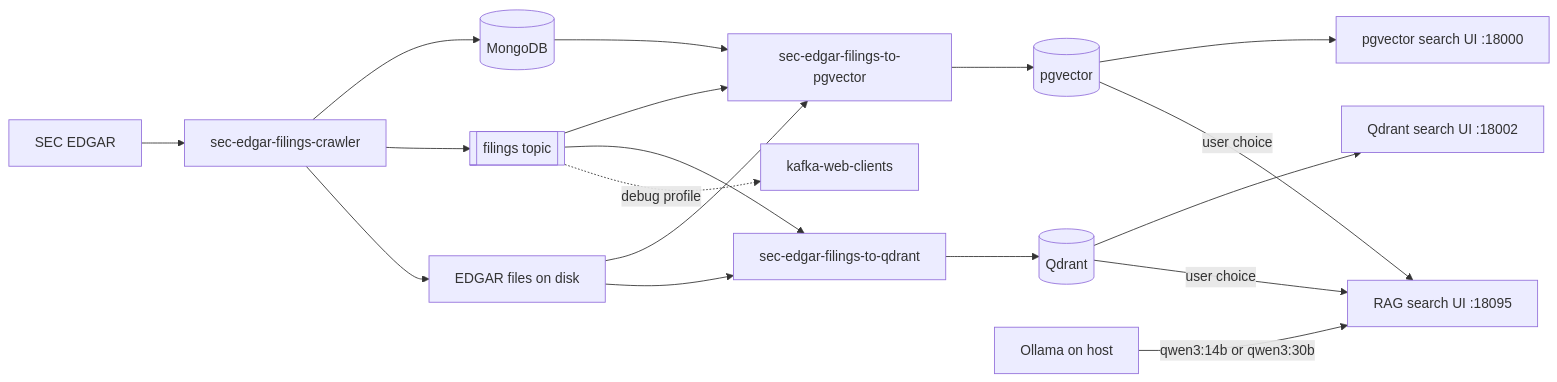
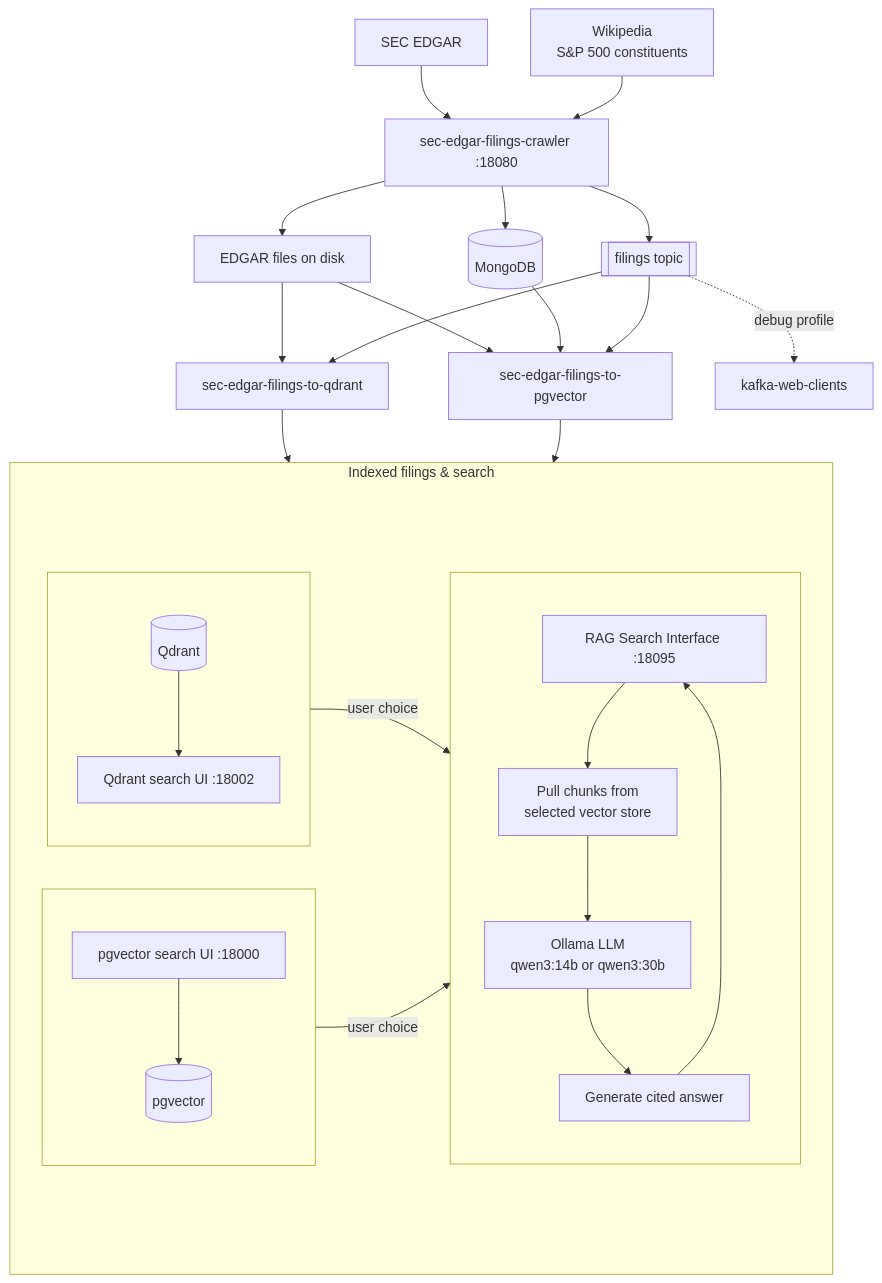
The diagram in README.md (sanjuthomas/sec-edgar-filings-rag-demo), drawn with Mermaid before and after one commit. The commit also changed other lines of this file, not shown here.

Commit message:
Expand architecture diagram for dual vector stores and RAG flow.
Document Wikipedia S&P 500 refresh, RAG Search Interface choices, and cited-answer generation path.

````diff
--- a/README.md
+++ b/README.md
@@ -33,22 +33,52 @@
 ```mermaid
-flowchart LR
-    SEC["SEC EDGAR"] --> API["sec-edgar-filings-crawler"]
-    API --> Mongo[("MongoDB")]
-    API --> Kafka[["filings topic"]]
-    API --> Disk["EDGAR files on disk"]
+flowchart TB
+    Wiki["Wikipedia<br/>S&P 500 constituents"] --> Crawler["sec-edgar-filings-crawler :18080"]
+    SEC["SEC EDGAR"] --> Crawler
+    Crawler --> Mongo[("MongoDB")]
+    Crawler --> Kafka[["filings topic"]]
+    Crawler --> Disk["EDGAR files on disk"]
 
-    Kafka --> ETL["sec-edgar-filings-to-pgvector"]
+    Kafka --> PgETL["sec-edgar-filings-to-pgvector"]
     Kafka --> QdrantETL["sec-edgar-filings-to-qdrant"]
-    Mongo --> ETL
-    Disk --> ETL
+    Mongo --> PgETL
+    Disk --> PgETL
     Disk --> QdrantETL
-    ETL --> PG[("pgvector")]
-    QdrantETL --> Qdrant[("Qdrant")]
-    PG --> SearchUI["pgvector search UI :18000"]
-    Qdrant --> QdrantSearch["Qdrant search UI :18002"]
-    PG -->|"user choice"| RAG["RAG search UI :18095"]
-    Qdrant -->|"user choice"| RAG
-    Ollama["Ollama on host"] -->|"qwen3:14b or qwen3:30b"| RAG
+
+    subgraph stores["Indexed filings & search"]
+        direction LR
+
+        subgraph pgColumn[" "]
+            direction TB
+            PgSearch["pgvector search UI :18000"]
+            PG[("pgvector")]
+            PgSearch --> PG
+        end
+
+        subgraph ragColumn[" "]
+            direction TB
+            RAG["RAG Search Interface :18095"]
+            Pull["Pull chunks from<br/>selected vector store"]
+            LLM["Ollama LLM<br/>qwen3:14b or qwen3:30b"]
+            Gen["Generate cited answer"]
+            RAG --> Pull
+            Pull --> LLM
+            LLM --> Gen
+            Gen --> RAG
+        end
+
+        subgraph qColumn[" "]
+            direction TB
+            Qdrant[("Qdrant")]
+            QdrantSearch["Qdrant search UI :18002"]
+            Qdrant --> QdrantSearch
+        end
+
+        PG -->|"user choice"| Pull
+        Qdrant -->|"user choice"| Pull
+    end
+
+    PgETL --> PG
+    QdrantETL --> Qdrant
 
     Kafka -.->|debug profile| KWC["kafka-web-clients"]
 ```
````
